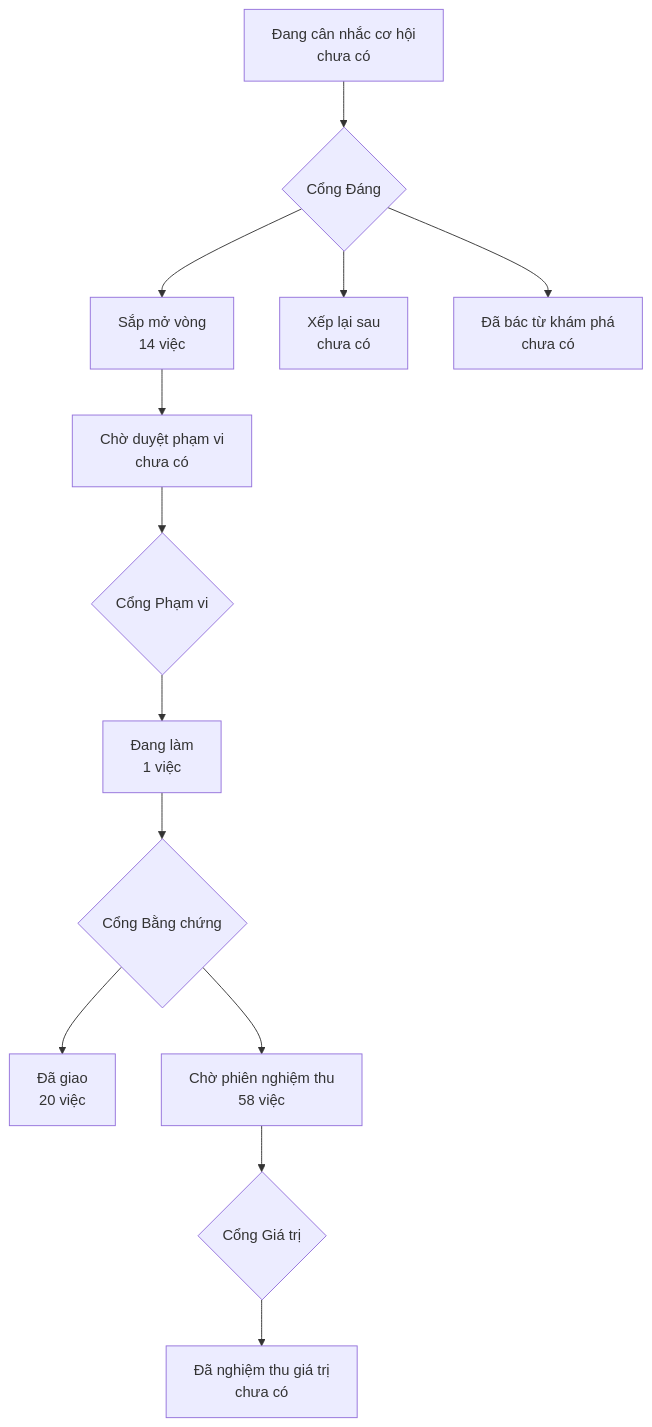
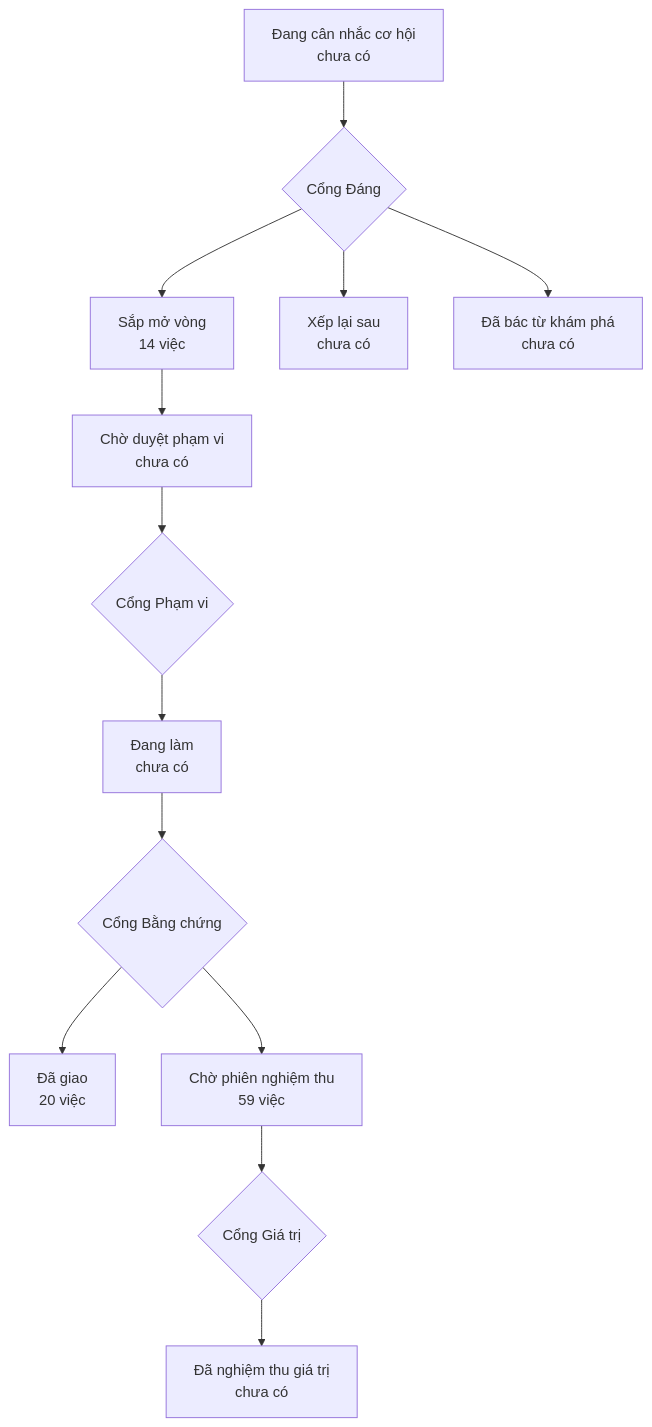
Before and after one commit to phanlemanh/onehub-quy-hang: the diagram in PRODUCT-MAP.md, drawn with Mermaid. The commit also changed other lines of this file and 4 other files, not shown here.

````diff
--- a/PRODUCT-MAP.md
+++ b/PRODUCT-MAP.md
@@ -7,12 +7,12 @@
 ```mermaid
 flowchart TD
   A["Đang cân nhắc cơ hội<br/>chưa có"] --> GD{"Cổng Đáng"}
   GD --> B["Sắp mở vòng<br/>14 việc"]
   GD --> XL["Xếp lại sau<br/>chưa có"]
   GD --> DB["Đã bác từ khám phá<br/>chưa có"]
   B --> CD["Chờ duyệt phạm vi<br/>chưa có"] --> GP{"Cổng Phạm vi"}
-  GP --> DL["Đang làm<br/>1 việc"] --> GB{"Cổng Bằng chứng"}
+  GP --> DL["Đang làm<br/>chưa có"] --> GB{"Cổng Bằng chứng"}
   GB --> DG["Đã giao<br/>20 việc"]
-  GB --> CN["Chờ phiên nghiệm thu<br/>58 việc"] --> GG{"Cổng Giá trị"}
+  GB --> CN["Chờ phiên nghiệm thu<br/>59 việc"] --> GG{"Cổng Giá trị"}
   GG --> NT["Đã nghiệm thu giá trị<br/>chưa có"]
 ```
````
